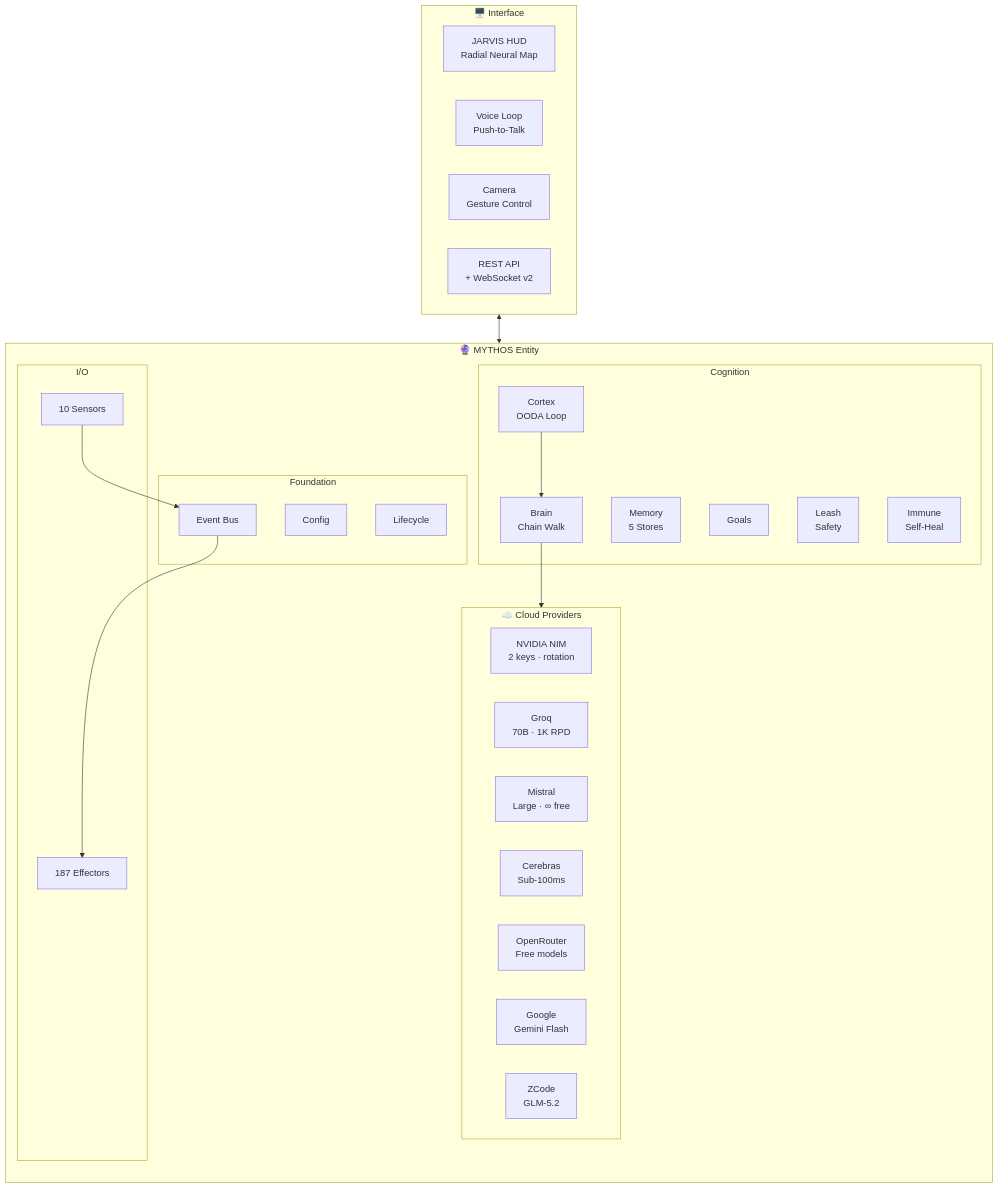
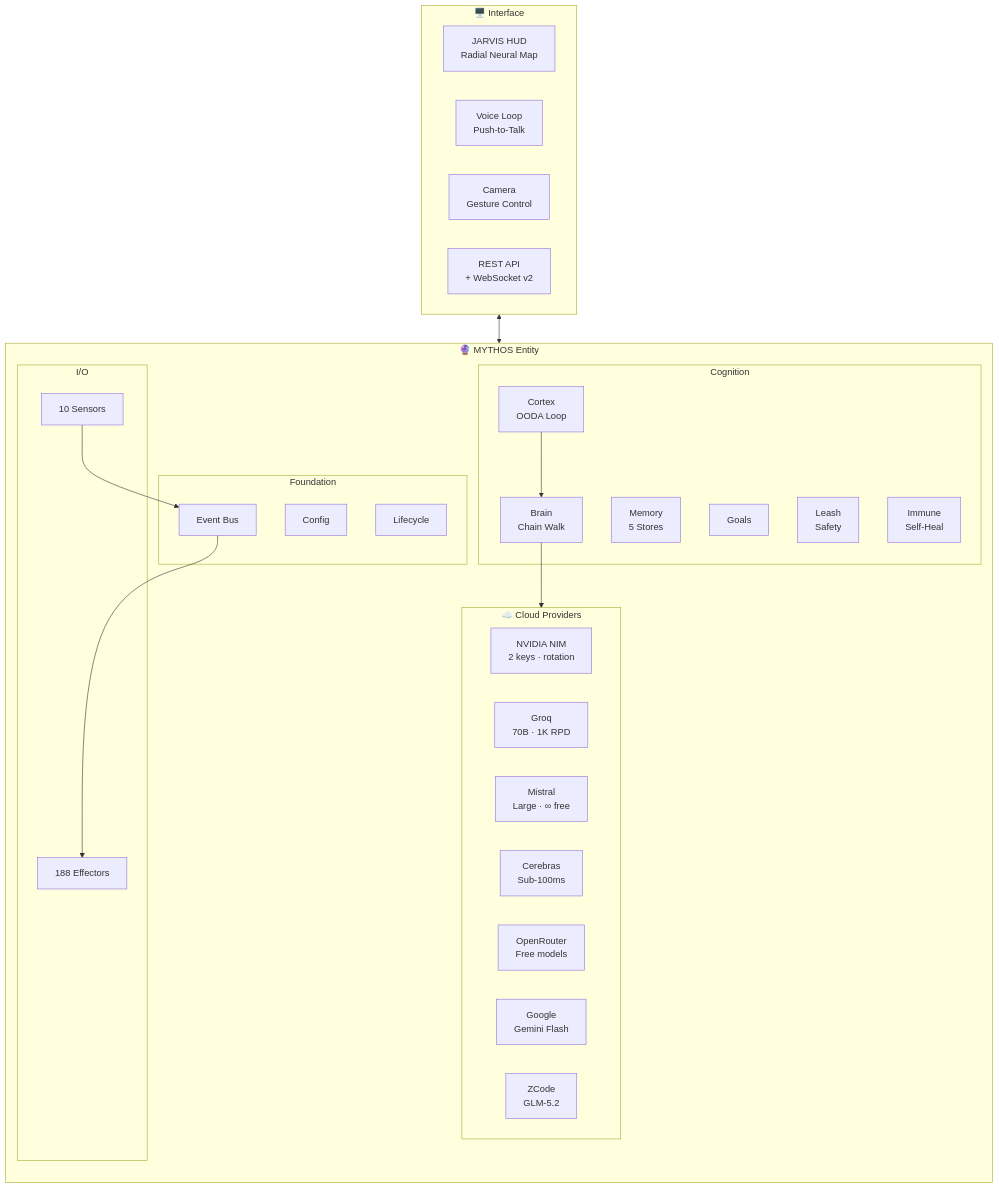
Before and after one commit to HailLucifer666/Agent_OS: the first of 11 diagrams in README.md, drawn with Mermaid. The commit also changed other lines of this file and 7 other files, not shown here.

````diff
--- a/README.md
+++ b/README.md
@@ -48,45 +48,45 @@
 ```mermaid
 flowchart TB
     subgraph Cloud["☁️ Cloud Providers"]
         direction LR
         NIM["NVIDIA NIM<br/>2 keys · rotation"]
         GQ["Groq<br/>70B · 1K RPD"]
         MI["Mistral<br/>Large · ∞ free"]
         CE["Cerebras<br/>Sub-100ms"]
         OR["OpenRouter<br/>Free models"]
         GOOG["Google<br/>Gemini Flash"]
         ZC["ZCode<br/>GLM-5.2"]
     end
 
     subgraph MYTHOS["🔮 MYTHOS Entity"]
         direction TB
         subgraph Foundation["Foundation"]
             CFG["Config"]
             BUS["Event Bus"]
             LIFE["Lifecycle"]
         end
         subgraph Cognition["Cognition"]
             CORT["Cortex<br/>OODA Loop"]
             BRN["Brain<br/>Chain Walk"]
             MEM["Memory<br/>5 Stores"]
             GOAL["Goals"]
             LEASH["Leash<br/>Safety"]
             IMM["Immune<br/>Self-Heal"]
         end
         subgraph IOLayer["I/O"]
             SENS["10 Sensors"]
-            EFF["187 Effectors"]
+            EFF["188 Effectors"]
         end
         CORT --> BRN --> Cloud
         SENS --> BUS --> EFF
     end
 
     subgraph Interface["🖥️ Interface"]
         HUD["JARVIS HUD<br/>Radial Neural Map"]
         VOICE["Voice Loop<br/>Push-to-Talk"]
         CAM["Camera<br/>Gesture Control"]
         API["REST API<br/>+ WebSocket v2"]
     end
 
     Interface <--> MYTHOS
 ```
````
